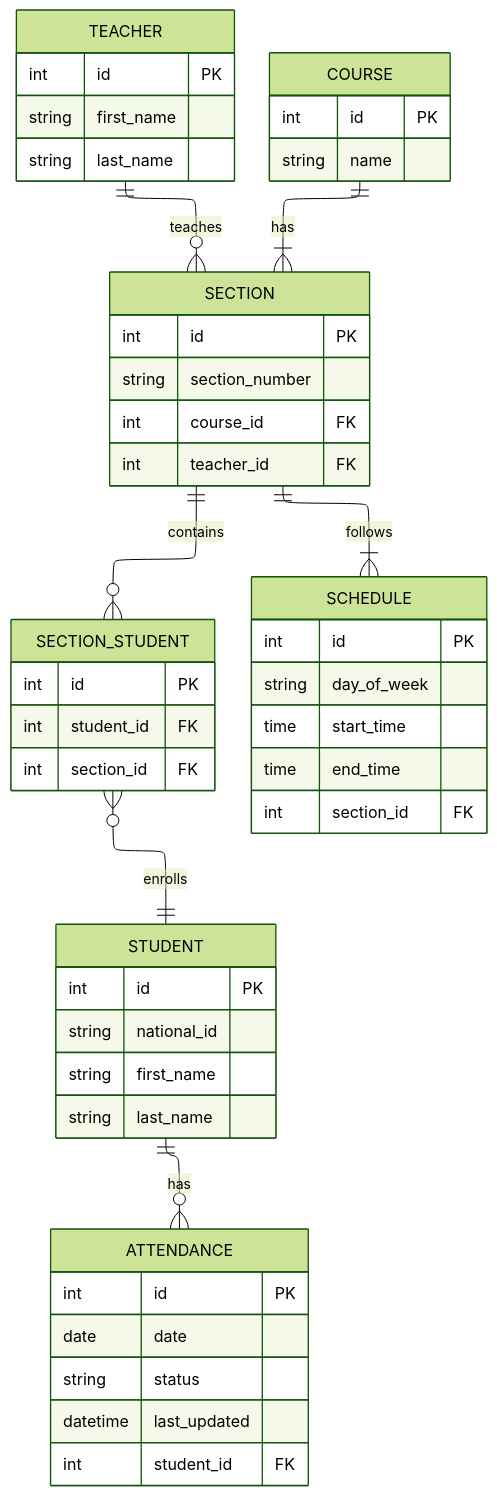
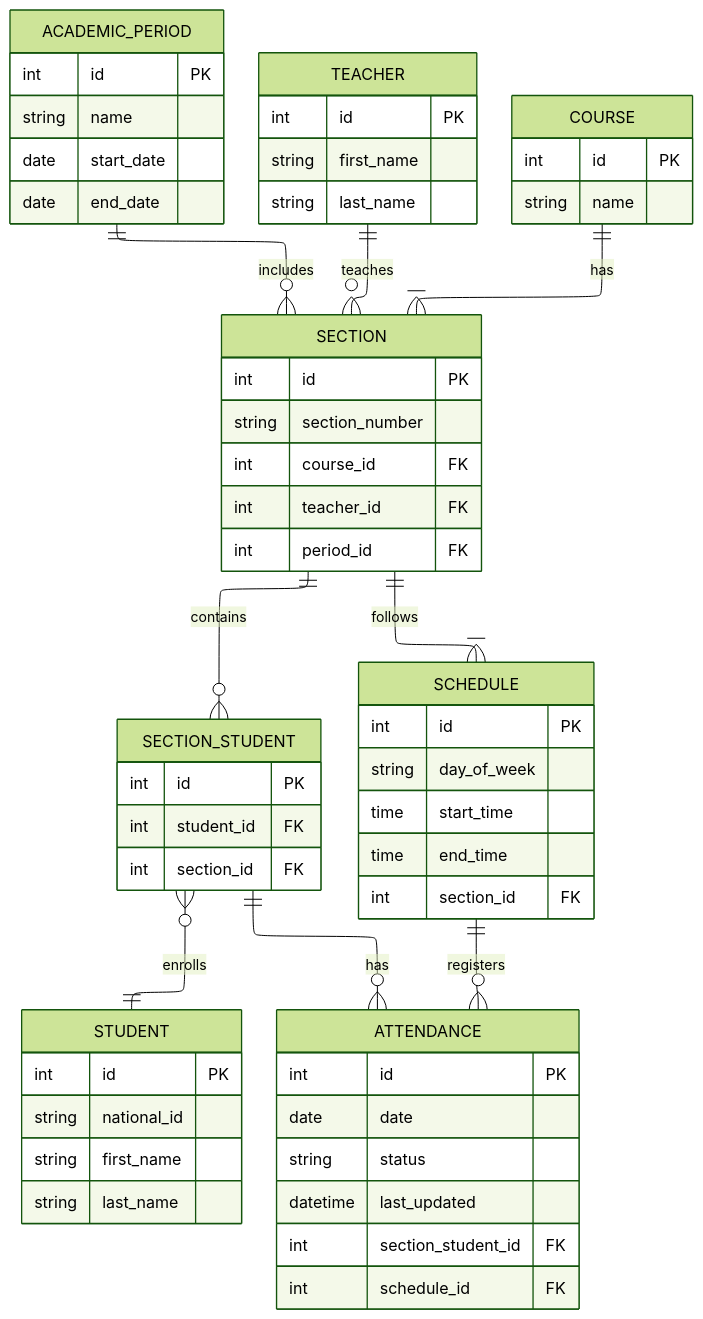
One commit to RicJDev/attendace-tracker changed the diagram in server/README.md. Above: the diagram before and after it, drawn with Mermaid (forest theme). The commit also changed 3 other files, not shown here.

````diff
--- a/server/README.md
+++ b/server/README.md
@@ -3,63 +3,74 @@
 ```mermaid
 ---
 config:
    layout: elk
    elk:
       nodePlacementStrategy: LINEAR_SEGMENTS
 ---
 
 erDiagram
+   ACADEMIC_PERIOD {
+      int id PK
+      string name
+      date start_date
+      date end_date
+   }
+
    TEACHER {
       int id PK
       string first_name
       string last_name
    }
 
    COURSE {
       int id PK
       string name
    }
 
    SECTION {
       int id PK
       string section_number
       int course_id FK
       int teacher_id FK
+      int period_id FK
    }
 
    STUDENT {
       int id PK
       string national_id
       string first_name
       string last_name
    }
 
    SECTION_STUDENT {
       int id PK
       int student_id FK
       int section_id FK
    }
 
    SCHEDULE {
       int id PK
       string day_of_week
       time start_time
       time end_time
       int section_id FK
    }
 
    ATTENDANCE {
       int id PK
       date date
       string status
       datetime last_updated
-      int student_id FK
+      int section_student_id FK
+      int schedule_id FK
    }
 
+   ACADEMIC_PERIOD ||--o{ SECTION : "includes"
    COURSE ||--|{ SECTION : "has"
    TEACHER ||--o{ SECTION : "teaches"
    SECTION ||--o{ SECTION_STUDENT : "contains"
    SECTION_STUDENT }o--|| STUDENT : "enrolls"
    SECTION ||--|{ SCHEDULE : "follows"
-   STUDENT ||--o{ ATTENDANCE : "has"
+   SECTION_STUDENT ||--o{ ATTENDANCE : "has"
+   SCHEDULE ||--o{ ATTENDANCE : "registers"
 ```
````
